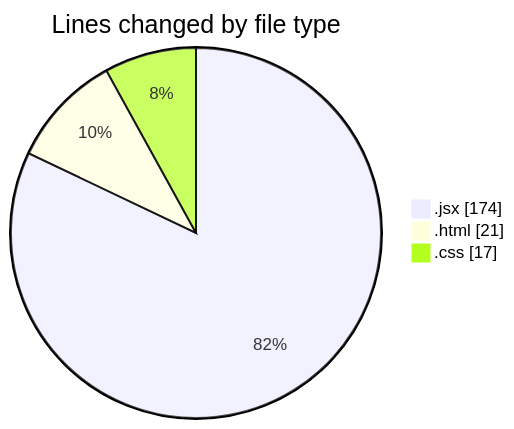
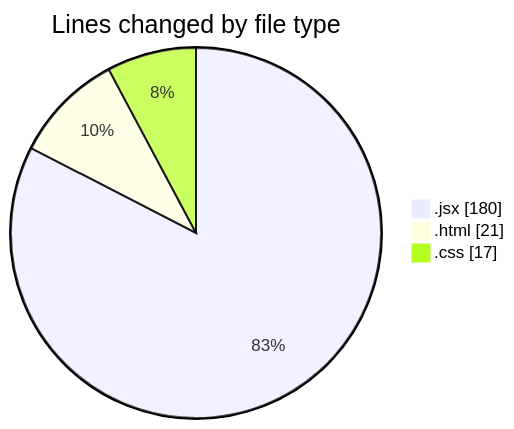
Before and after one commit to Elitesun/code-tracking: the first of 2 diagrams in 2025-02-13/elitegpt/README.md, drawn with Mermaid. The commit also changed other lines of this file and 1 other file, not shown here.

````diff
--- a/2025-02-13/elitegpt/README.md
+++ b/2025-02-13/elitegpt/README.md
@@ -26,7 +26,7 @@
 ```mermaid
 pie showData
 title Lines changed by file type
-".jsx" : 174
+".jsx" : 180
 ".html" : 21
 ".css" : 17
 ```
````
